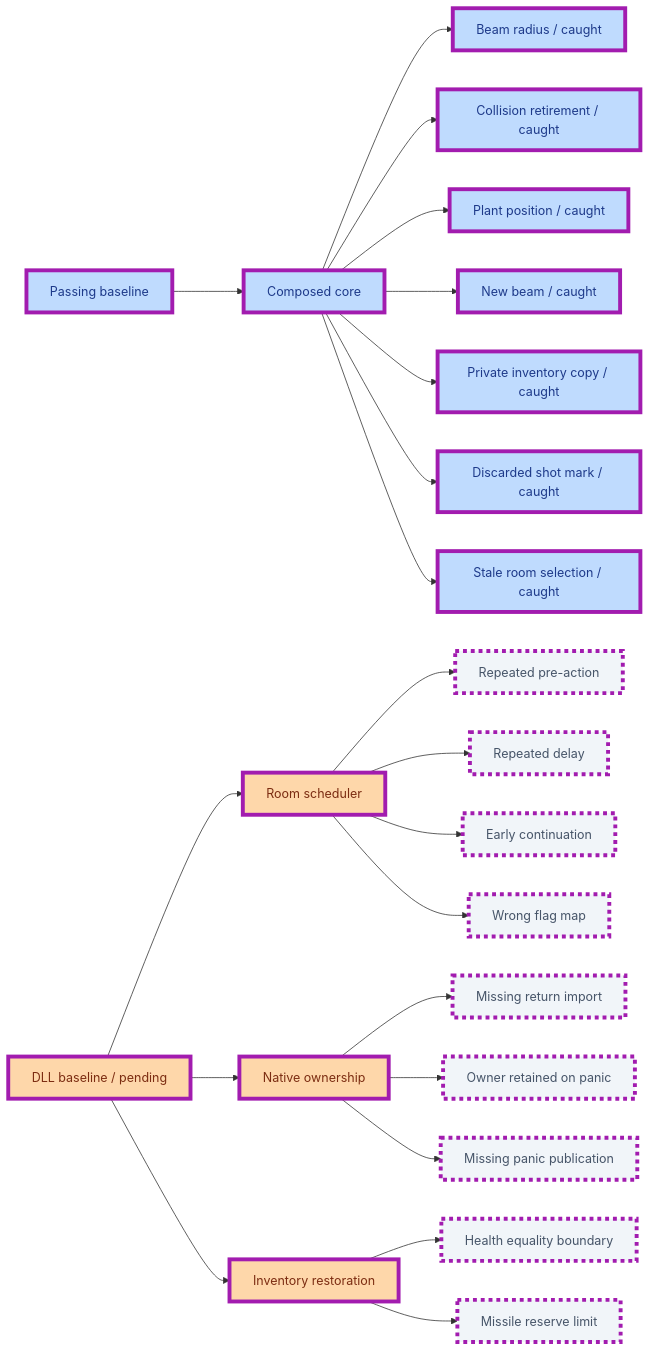
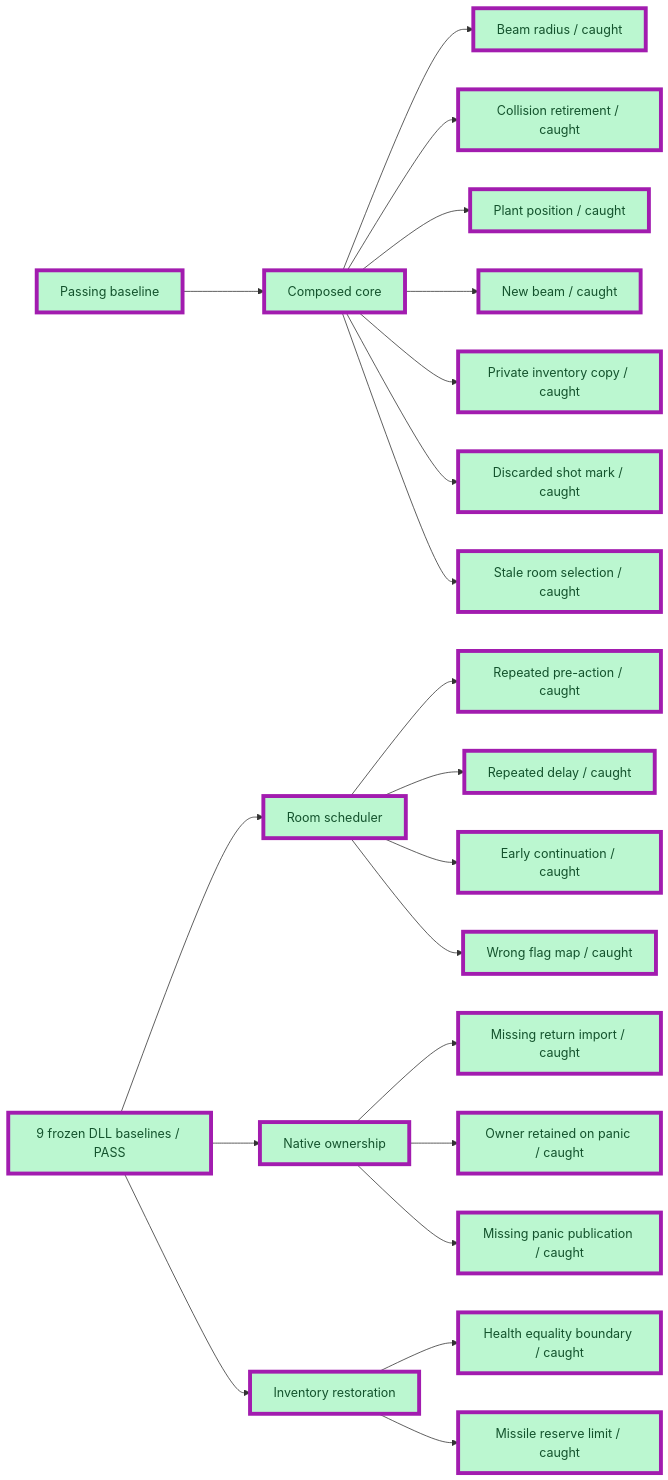
One commit to JimLundin/sm-decomp changed the second of 12 diagrams in PROGRESS.md. Above: the diagram before and after it, drawn with Mermaid. The commit also changed other lines of this file and 74 other files, not shown here.

````diff
--- a/PROGRESS.md
+++ b/PROGRESS.md
@@ -70,28 +70,28 @@
 ```mermaid
 flowchart LR
-    B["Passing baseline"]:::checked --> C["Composed core"]:::checked
-    C --> C1["Beam radius / caught"]:::checked
-    C --> C2["Collision retirement / caught"]:::checked
-    C --> C3["Plant position / caught"]:::checked
-    C --> C4["New beam / caught"]:::checked
-    C --> C5["Private inventory copy / caught"]:::checked
-    C --> C6["Discarded shot mark / caught"]:::checked
-    C --> C7["Stale room selection / caught"]:::checked
-    D["DLL baseline / pending"]:::active --> R["Room scheduler"]:::active
-    R --> R1["Repeated pre-action"]:::pending
-    R --> R2["Repeated delay"]:::pending
-    R --> R3["Early continuation"]:::pending
-    R --> R4["Wrong flag map"]:::pending
-    D --> N["Native ownership"]:::active
-    N --> N1["Missing return import"]:::pending
-    N --> N2["Owner retained on panic"]:::pending
-    N --> N3["Missing panic publication"]:::pending
-    D --> I["Inventory restoration"]:::active
-    I --> I1["Health equality boundary"]:::pending
-    I --> I2["Missile reserve limit"]:::pending
+    B["Passing baseline"]:::done --> C["Composed core"]:::done
+    C --> C1["Beam radius / caught"]:::done
+    C --> C2["Collision retirement / caught"]:::done
+    C --> C3["Plant position / caught"]:::done
+    C --> C4["New beam / caught"]:::done
+    C --> C5["Private inventory copy / caught"]:::done
+    C --> C6["Discarded shot mark / caught"]:::done
+    C --> C7["Stale room selection / caught"]:::done
+    D["9 frozen DLL baselines / PASS"]:::done --> R["Room scheduler"]:::done
+    R --> R1["Repeated pre-action / caught"]:::done
+    R --> R2["Repeated delay / caught"]:::done
+    R --> R3["Early continuation / caught"]:::done
+    R --> R4["Wrong flag map / caught"]:::done
+    D --> N["Native ownership"]:::done
+    N --> N1["Missing return import / caught"]:::done
+    N --> N2["Owner retained on panic / caught"]:::done
+    N --> N3["Missing panic publication / caught"]:::done
+    D --> I["Inventory restoration"]:::done
+    I --> I1["Health equality boundary / caught"]:::done
+    I --> I2["Missile reserve limit / caught"]:::done
     class B,C,C1,C2,C3,C4,C5,C6,C7,D,R,R1,R2,R3,R4,N,N1,N2,N3,I,I1,I2 changed
-    classDef checked fill:#bfdbfe,stroke:#2563eb,color:#1e3a8a
+    classDef done fill:#bbf7d0,stroke:#15803d,color:#14532d
     classDef active fill:#fed7aa,stroke:#ea580c,color:#7c2d12
     classDef pending fill:#f1f5f9,stroke:#94a3b8,color:#475569,stroke-dasharray:5 5
     classDef changed stroke:#a21caf,stroke-width:5px
 ```
````
